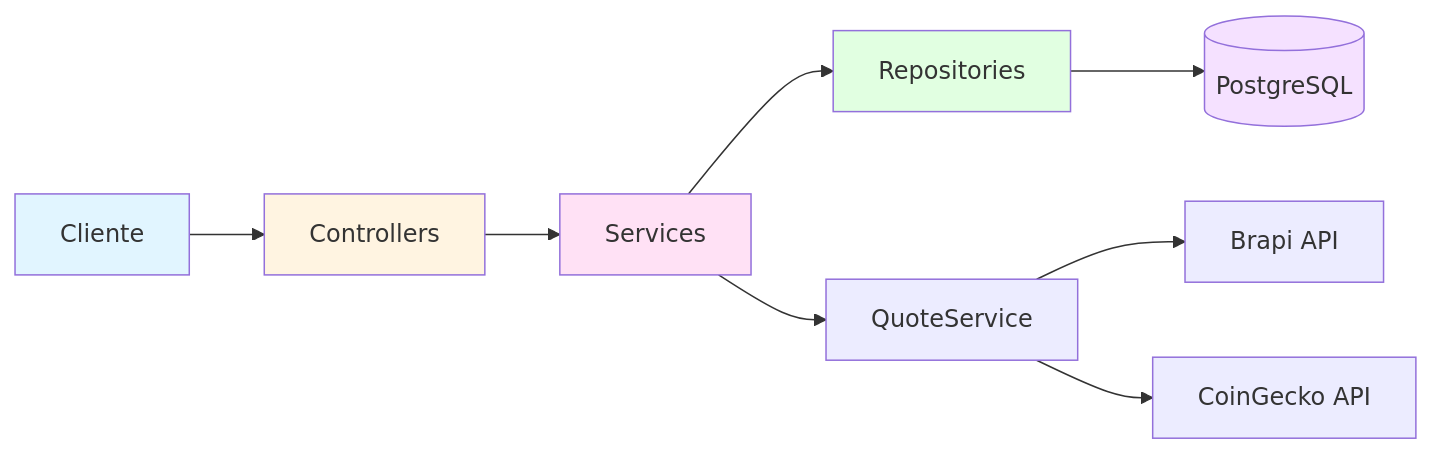
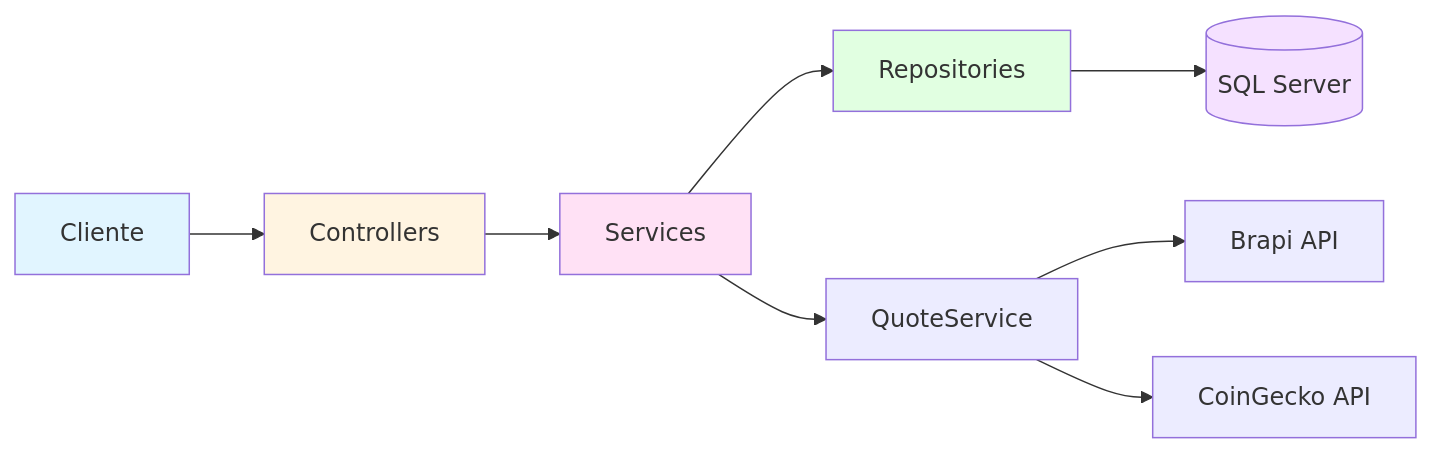
The first of 3 diagrams in README.md (mapompeo/investapi), drawn with Mermaid before and after one commit. The commit also changed other lines of this file and 10 other files, not shown here.

````diff
--- a/README.md
+++ b/README.md
@@ -53,16 +54,16 @@
 ```mermaid
 graph LR
     A[Cliente] --> B[Controllers]
     B --> C[Services]
     C --> D[Repositories]
-    D --> E[(PostgreSQL)]
+    D --> E[(SQL Server)]
     C --> F[QuoteService]
     F --> G[Brapi API]
     F --> H[CoinGecko API]
-    
+
     style A fill:#e1f5ff
     style B fill:#fff4e1
     style C fill:#ffe1f5
     style D fill:#e1ffe1
     style E fill:#f5e1ff
 ```
````
